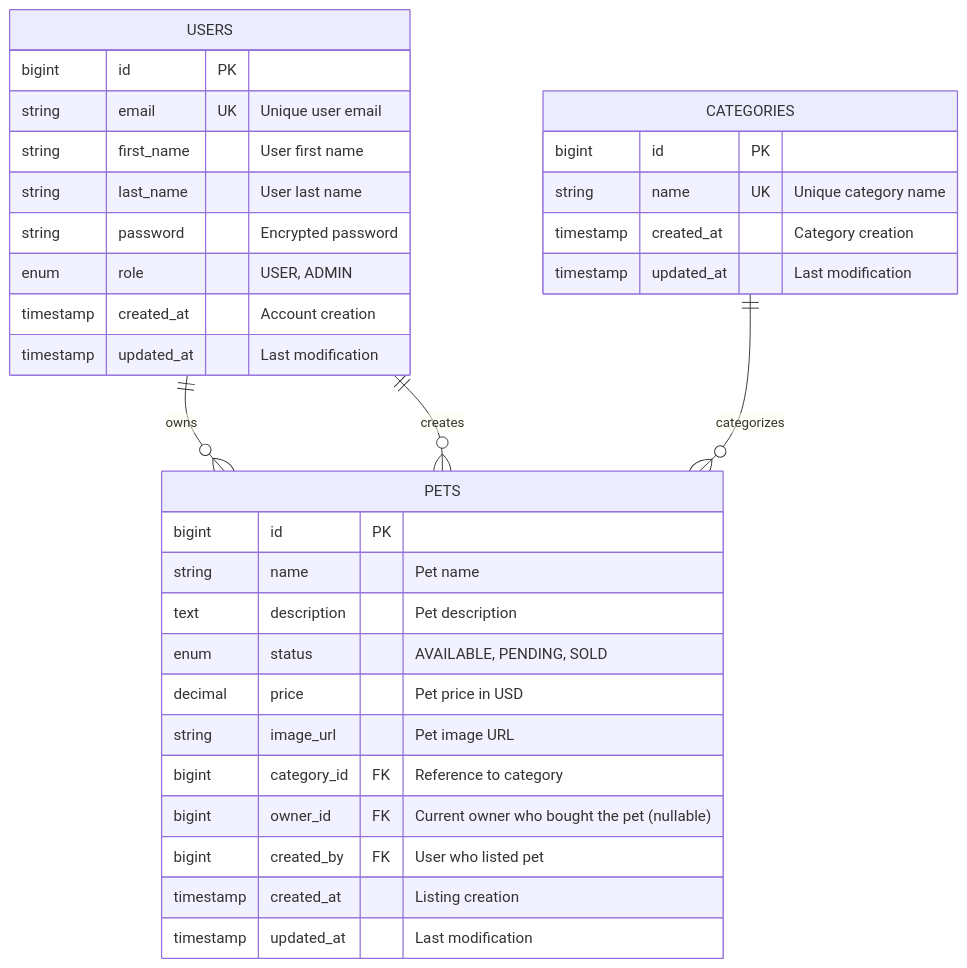
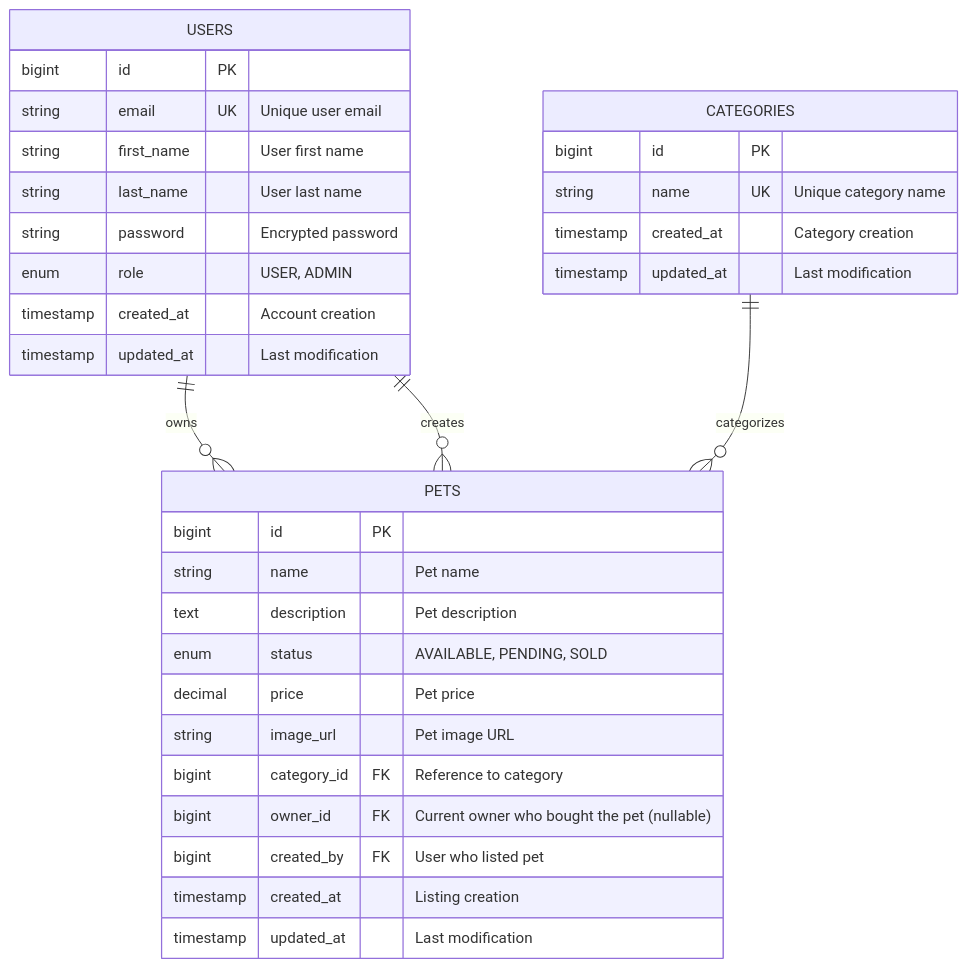
The third of 11 diagrams in README.md (azlicn/pet-store), drawn with Mermaid before and after one commit. The commit also changed 138 other files, not shown here.

````diff
--- a/README.md
+++ b/README.md
@@ -153,38 +153,38 @@
 ```mermaid
 erDiagram
     USERS ||--o{ PETS : "owns"
     USERS ||--o{ PETS : "creates"
     CATEGORIES ||--o{ PETS : "categorizes"
     
     USERS {
         bigint id PK
         string email UK "Unique user email"
         string first_name "User first name"
         string last_name "User last name"
         string password "Encrypted password"
         enum role "USER, ADMIN"
         timestamp created_at "Account creation"
         timestamp updated_at "Last modification"
     }
     
     PETS {
         bigint id PK
         string name "Pet name"
         text description "Pet description"
         enum status "AVAILABLE, PENDING, SOLD"
-        decimal price "Pet price in USD"
+        decimal price "Pet price"
         string image_url "Pet image URL"
         bigint category_id FK "Reference to category"
         bigint owner_id FK "Current owner who bought the pet (nullable)"
         bigint created_by FK "User who listed pet"
         timestamp created_at "Listing creation"
         timestamp updated_at "Last modification"
     }
     
     CATEGORIES {
         bigint id PK
         string name UK "Unique category name"
         timestamp created_at "Category creation"
         timestamp updated_at "Last modification"
     }
 ```
````
